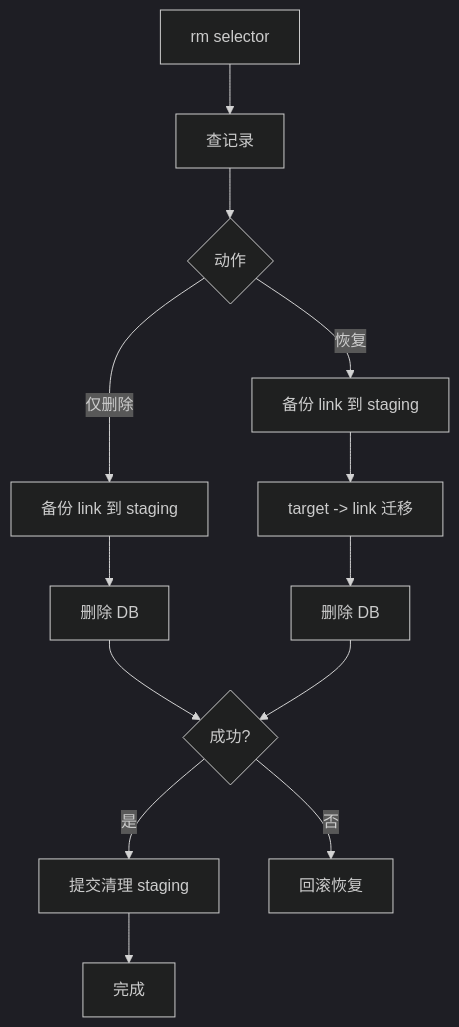
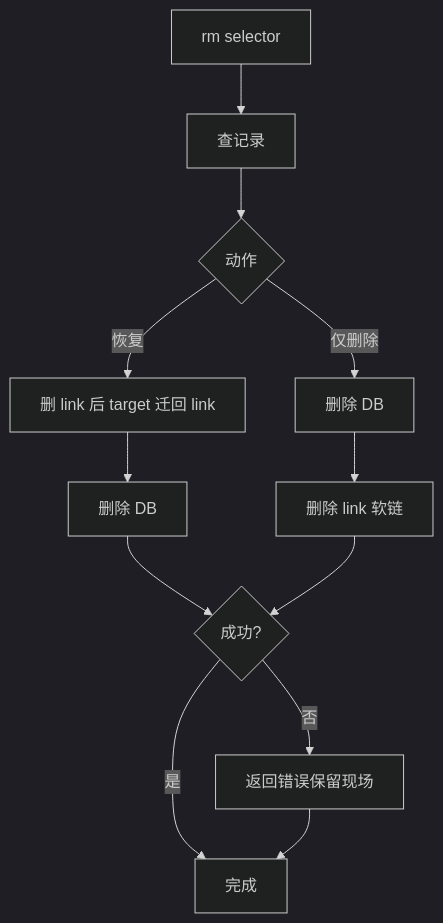
Before and after one commit to 835519608/symm: the fourth of 4 diagrams in README.md, drawn with Mermaid (dark theme). The commit also changed other lines of this file and 40 other files, not shown here.

````diff
--- a/README.md
+++ b/README.md
@@ -207,15 +199,14 @@
 ```mermaid
 flowchart TB
 start[rm selector] --> fetch[查记录]
 fetch --> choose{动作}
-choose -->|仅删除| stageDel[备份 link 到 staging]
-choose -->|恢复| stageRestore[备份 link 到 staging]
-stageDel --> dbDelete1[删除 DB]
-stageRestore --> restore[target -> link 迁移]
+choose -->|仅删除| dbDelete1[删除 DB]
+choose -->|恢复| restore[删 link 后 target 迁回 link]
 restore --> dbDelete[删除 DB]
-dbDelete1 --> ok{成功?}
-dbDelete --> ok
-ok -->|是| commit[提交清理 staging]
-ok -->|否| rollback[回滚恢复]
-commit --> done[完成]
+dbDelete1 --> removeLink[删除 link 软链]
+dbDelete --> ok{成功?}
+removeLink --> ok
+ok -->|是| done[完成]
+ok -->|否| fail[返回错误保留现场]
+fail --> done
 ```
````
